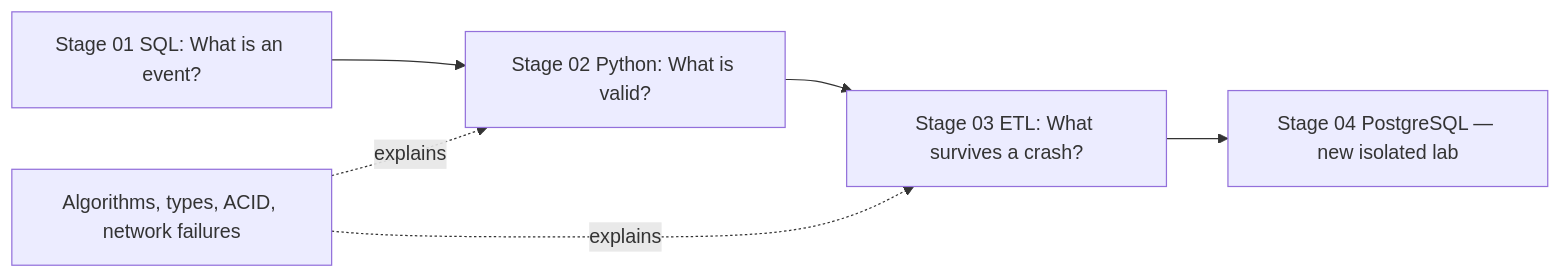
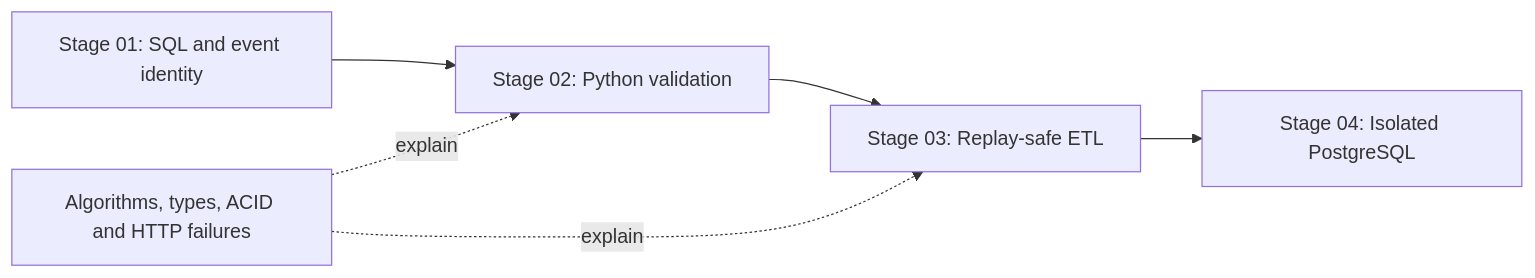
The diagram in docs/FOUNDATIONS-LABS.he.md (MeiRR17/data-engineering-mastery), drawn with Mermaid before and after one commit. The commit also changed other lines of this file and 82 other files, not shown here.

````diff
--- a/docs/FOUNDATIONS-LABS.he.md
+++ b/docs/FOUNDATIONS-LABS.he.md
@@ -7,8 +7,8 @@
-```mermaid
+~~~mermaid
 flowchart LR
-  A[Stage 01 SQL: What is an event?] --> B[Stage 02 Python: What is valid?]
-  B --> C[Stage 03 ETL: What survives a crash?]
-  C --> D[Stage 04 PostgreSQL — new isolated lab]
-  E[Algorithms, types, ACID, network failures] -. explains .-> B
-  E -. explains .-> C
-```
+  A[Stage 01: SQL and event identity] --> B[Stage 02: Python validation]
+  B --> C[Stage 03: Replay-safe ETL]
+  C --> D[Stage 04: Isolated PostgreSQL]
+  E[Algorithms, types, ACID and HTTP failures] -. explain .-> B
+  E -. explain .-> C
+~~~
````
